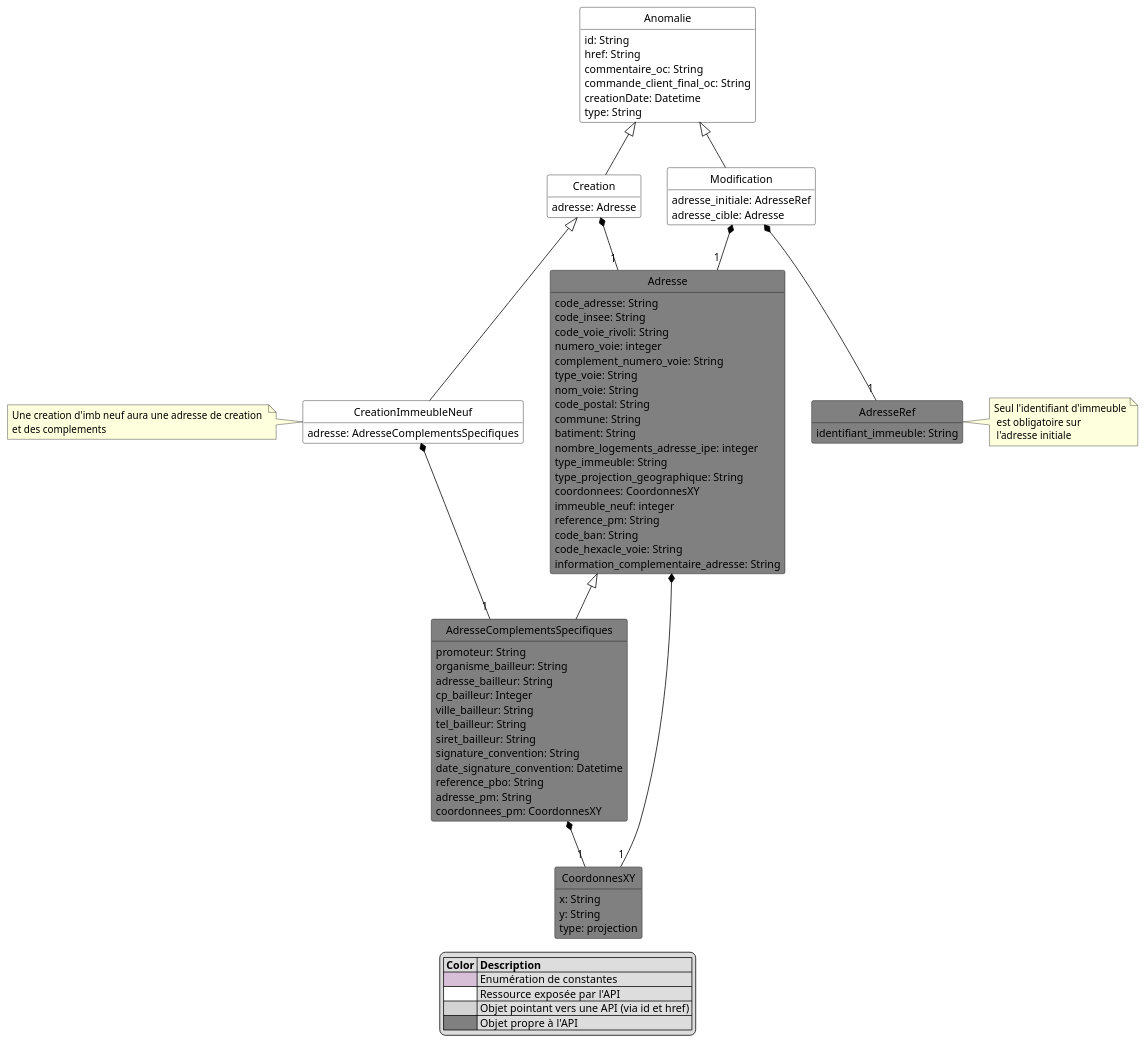
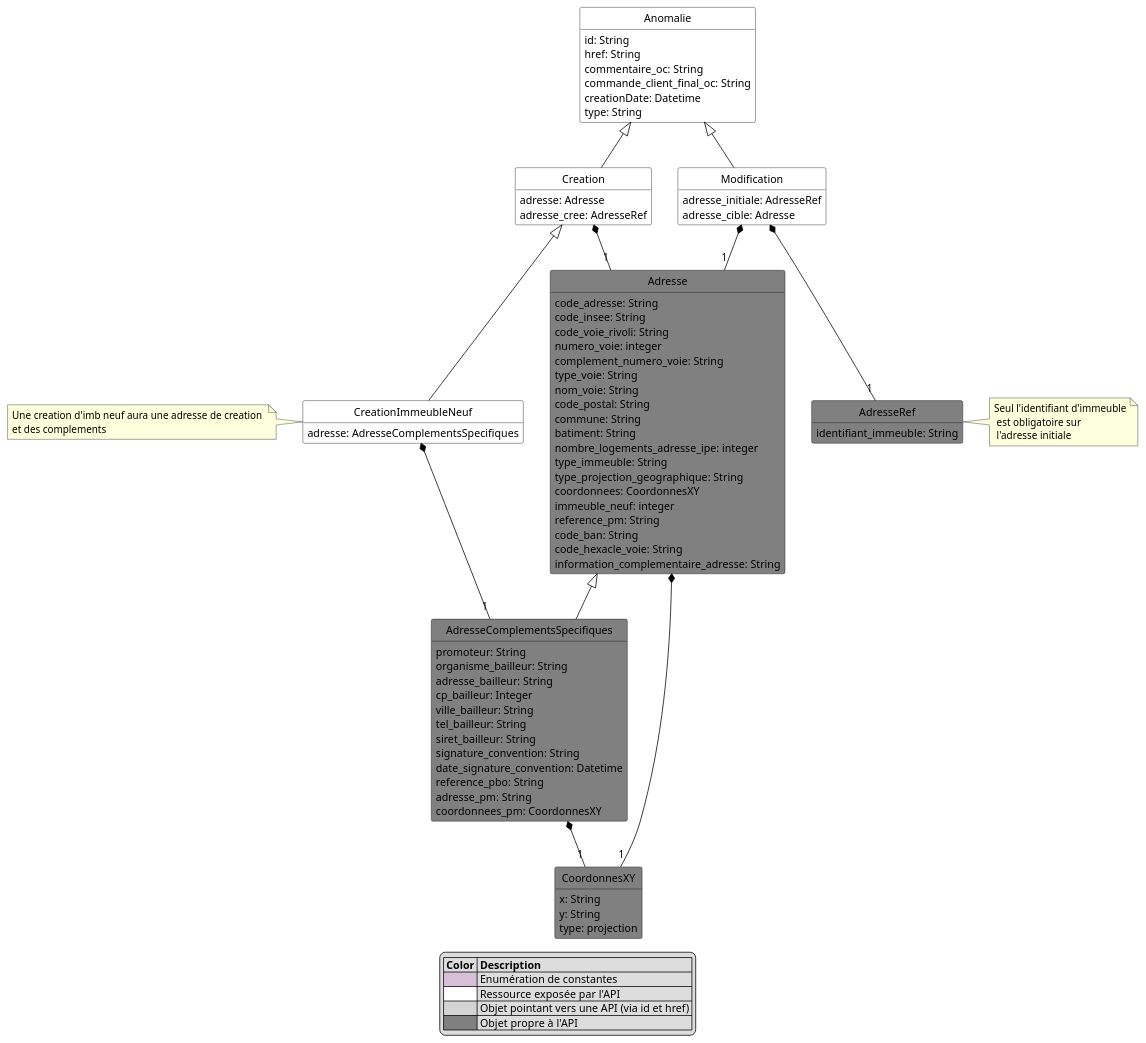
The diagram in model.puml (before-interop/anomalieAdresse), drawn with PlantUML before and after one commit.

Commit message:
Update model.puml
Ajout du code immeuble créé sur une création d'adresse

```diff
--- a/model.puml
+++ b/model.puml
@@ -1,104 +1,105 @@
 @startuml
 hide circle
 hide methods
 hide stereotype
 show <<Enumeration>> stereotype
 skinparam class {
    BackgroundColor<<Enumeration>> #Thistle
    BackgroundColor<<Ref>> #LightGrey
    BackgroundColor<<Pivot>> #FFFFFFF
    BackgroundColor #Grey
    BorderColor #Black
    ArrowColor #Black
 }
 
 class Anomalie <<Pivot>> {
     id: String
     href: String
     commentaire_oc: String
     commande_client_final_oc: String
     creationDate: Datetime
     type: String
 }
 
 class Creation <<Pivot>> {
     adresse: Adresse
+    adresse_cree: AdresseRef
 }
 Anomalie <|-- Creation
 Creation *-- "1" Adresse
 
 class CreationImmeubleNeuf <<Pivot>> {
     adresse: AdresseComplementsSpecifiques
 }
 note left:  Une creation d'imb neuf aura une adresse de creation \net des complements
 CreationImmeubleNeuf *-- "1" AdresseComplementsSpecifiques
 Creation <|-- CreationImmeubleNeuf
 
 class Modification <<Pivot>> {
     adresse_initiale: AdresseRef
     adresse_cible: Adresse
 }
 Anomalie <|-- Modification
 Modification *-- "1" Adresse
 Modification *-- "1" AdresseRef
 
 class Adresse {
     code_adresse: String
     code_insee: String
     code_voie_rivoli: String
     numero_voie: integer
     complement_numero_voie: String
     type_voie: String
     nom_voie: String
     code_postal: String
     commune: String
     batiment: String
     nombre_logements_adresse_ipe: integer
     type_immeuble: String
     type_projection_geographique: String
     coordonnees: CoordonnesXY
     immeuble_neuf: integer
     reference_pm: String
     code_ban: String
     code_hexacle_voie: String
     information_complementaire_adresse: String
 }
 Adresse *--"1" CoordonnesXY
 
 class AdresseRef {
     identifiant_immeuble: String
 }
 note right of AdresseRef: Seul l'identifiant d'immeuble\n est obligatoire sur \n l'adresse initiale
 
 class AdresseComplementsSpecifiques {
     promoteur: String
     organisme_bailleur: String
     adresse_bailleur: String
     cp_bailleur: Integer
     ville_bailleur: String
     tel_bailleur: String
     siret_bailleur: String
     signature_convention: String
     date_signature_convention: Datetime
     reference_pbo: String
     adresse_pm: String
     coordonnees_pm: CoordonnesXY
 }
 Adresse <|-- AdresseComplementsSpecifiques
 AdresseComplementsSpecifiques *--"1" CoordonnesXY
 
 class CoordonnesXY {
     x: String
     y: String
     type: projection
 }
 
 legend
     |= Color |= Description |
     |<#Thistle>| Enumération de constantes|
     |<#FFFFFF>| Ressource exposée par l'API |
     |<#LightGrey>| Objet pointant vers une API (via id et href) |
     |<#Grey>| Objet propre à l'API  |
 endlegend
 
 @enduml
```
